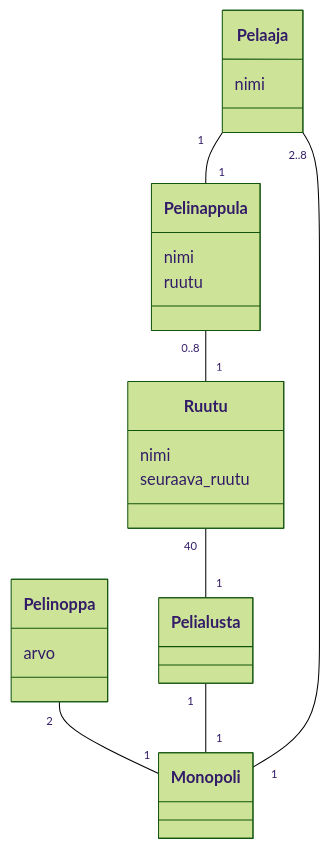
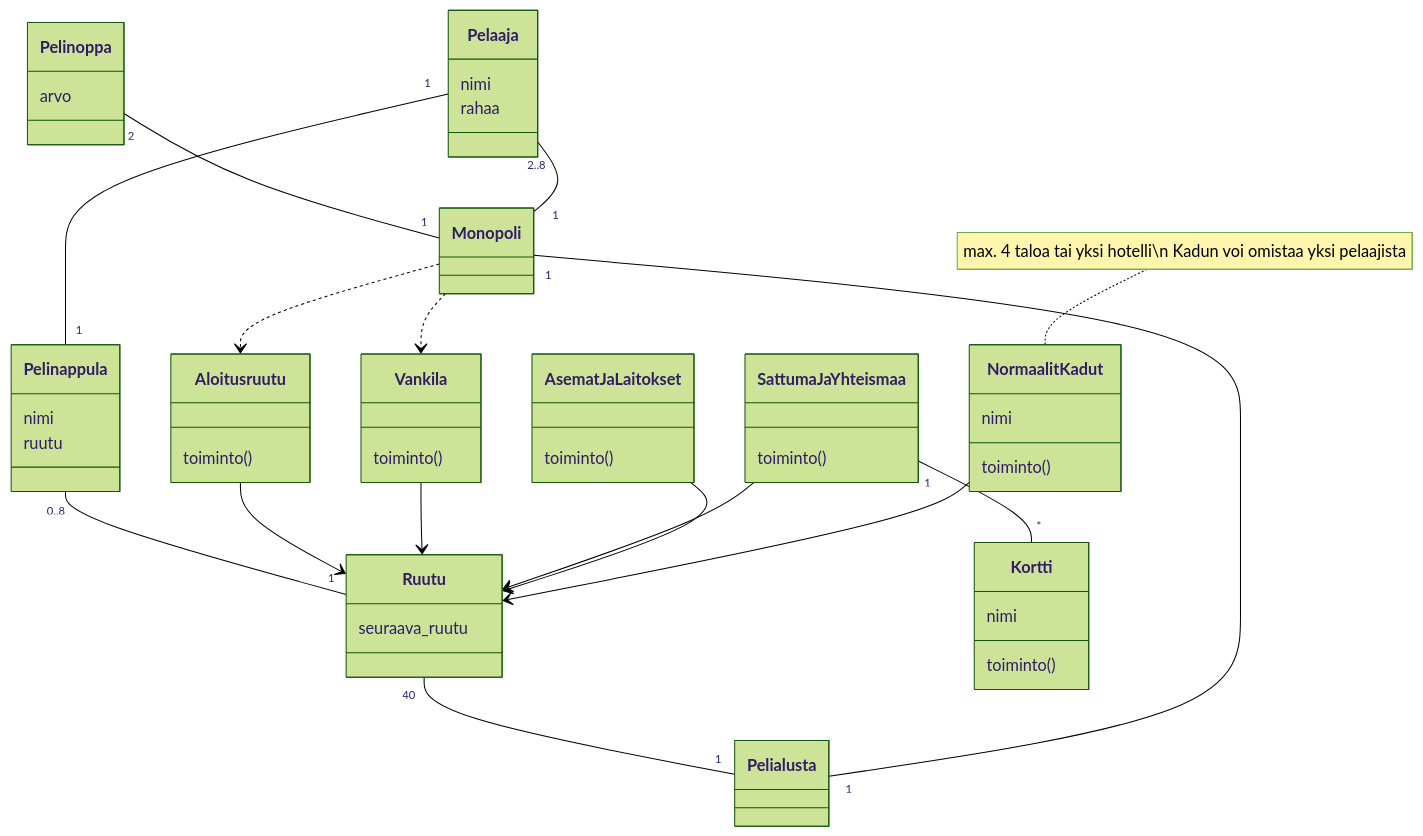
One commit to maxxof/ot-harjoitustyo changed the diagram in laskarit/viikko3/monopoli.md. Above: the diagram before and after it, drawn with Mermaid (forest theme). The commit also changed other lines of this file, not shown here.

````diff
--- a/laskarit/viikko3/monopoli.md
+++ b/laskarit/viikko3/monopoli.md
@@ -1,28 +1,62 @@
 ```mermaid
 classDiagram
     class Pelinoppa{
         arvo
     }
     class Pelaaja{
         nimi
+        rahaa
     }
     class Pelialusta{
     }
     class Pelinappula{
         nimi
         ruutu
     }
     class Ruutu{
-        nimi
         seuraava_ruutu
     }
     class Monopoli{
     }
+    class Aloitusruutu{
+        toiminto()
+    }
+    class Vankila{
+        toiminto()
+    }
+    class SattumaJaYhteismaa{
+        toiminto()
+    }
+    class AsematJaLaitokset{
+        toiminto()
+    }
+    class NormaalitKadut{
+        nimi
+        toiminto()
+    }
+    class Kortti{
+        nimi
+        toiminto()
+    }
+    
     Pelinoppa "2" -- "1" Monopoli
     Pelialusta "1" --  "1" Monopoli
     Pelaaja "2..8" -- "1" Monopoli
     Pelaaja "1" -- "1" Pelinappula
     Pelinappula "0..8" -- "1" Ruutu
     Ruutu "40" -- "1" Pelialusta
-
+    
+    Aloitusruutu -->  Ruutu
+    Vankila --> Ruutu
+    SattumaJaYhteismaa --> Ruutu
+    AsematJaLaitokset --> Ruutu
+    NormaalitKadut --> Ruutu
+    
+    Monopoli ..> Vankila
+    Monopoli ..> Aloitusruutu
+    
+    SattumaJaYhteismaa "1" -- "*" Kortti
+    
+    note for NormaalitKadut "max. 4 taloa tai yksi hotelli\n Kadun voi omistaa yksi pelaajista"
+    
 ```
````
